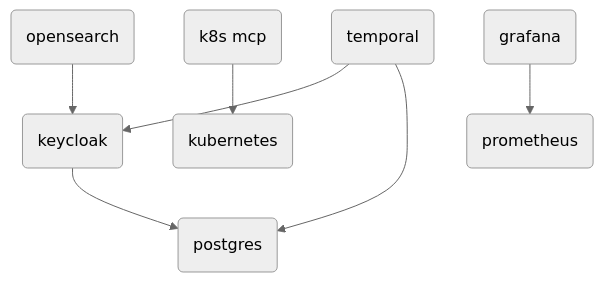
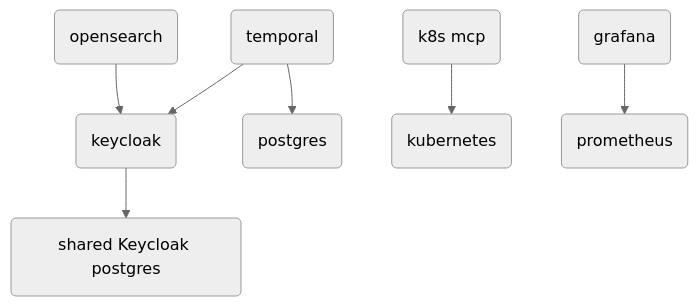
Before and after one commit to fred-agent/fred-deployment-factory: the diagram in docker/README.md, drawn with Mermaid (neutral theme). The commit also changed other lines of this file and 30 other files, not shown here.

````diff
--- a/docker/README.md
+++ b/docker/README.md
@@ -74,10 +188,10 @@
 ```mermaid
 graph TB
-A(keycloak) --> E(postgres)
+A(keycloak) --> L(shared Keycloak postgres)
 C(opensearch) --> A(keycloak)
 H(temporal) --> A(keycloak)
 H(temporal) --> E(postgres)
 F(k8s mcp) --> G(kubernetes)
 J(prometheus)
 K(grafana) --> J(prometheus)
 ```
````
